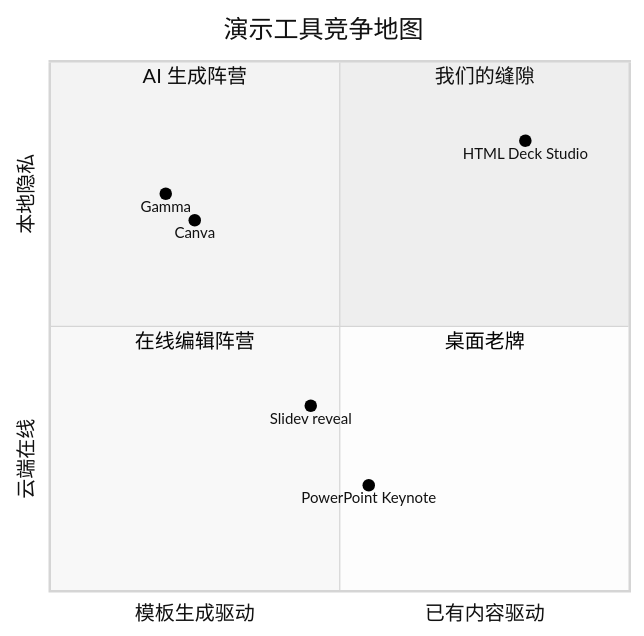
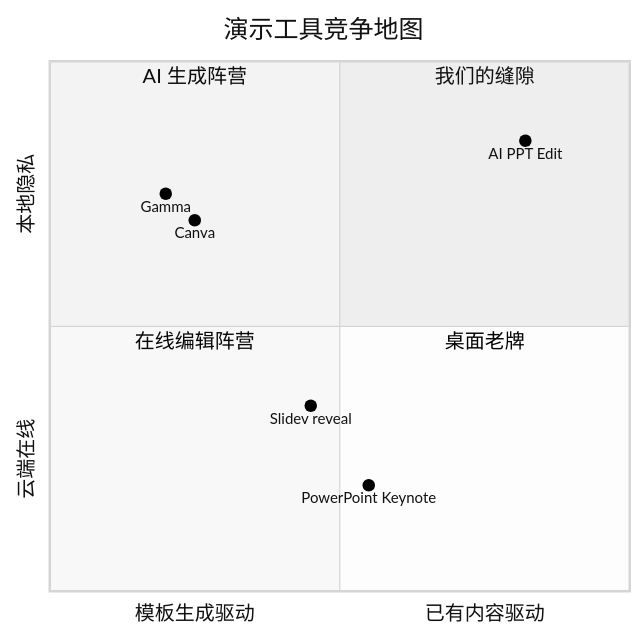
Before and after one commit to tuzhiwei2025-tech/ai-ppt-edit: the first of 5 diagrams in docs/GROWTH.md, drawn with Mermaid (neutral theme). The commit also changed other lines of this file and 44 other files, not shown here.

Commit message:
Rename project to AI PPT Edit

````diff
--- a/docs/GROWTH.md
+++ b/docs/GROWTH.md
@@ -13,15 +13,15 @@
 ```mermaid
 quadrantChart
   title 演示工具竞争地图
   x-axis 模板生成驱动 --> 已有内容驱动
   y-axis 云端在线 --> 本地隐私
   quadrant-1 我们的缝隙
   quadrant-2 AI 生成阵营
   quadrant-3 在线编辑阵营
   quadrant-4 桌面老牌
   Gamma: [0.2, 0.75]
   Canva: [0.25, 0.7]
   Slidev reveal: [0.45, 0.35]
   PowerPoint Keynote: [0.55, 0.2]
-  HTML Deck Studio: [0.82, 0.85]
+  AI PPT Edit: [0.82, 0.85]
 ```
````
